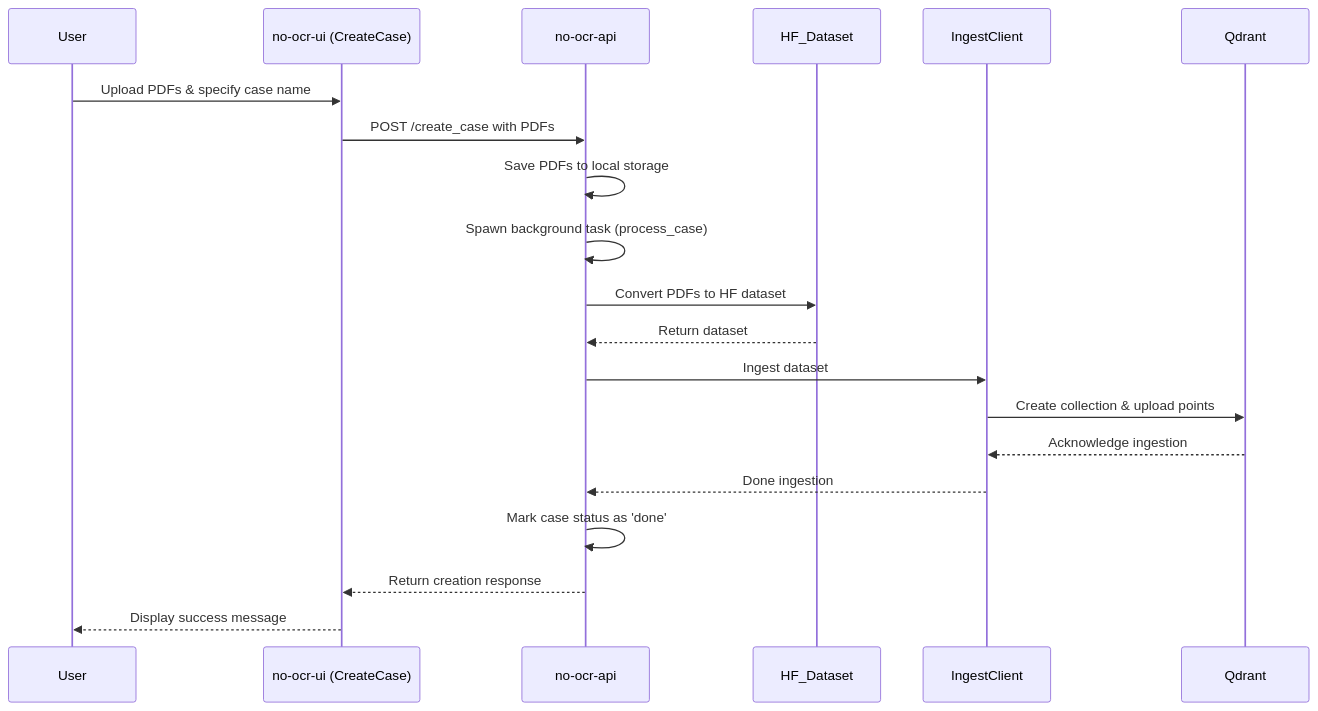
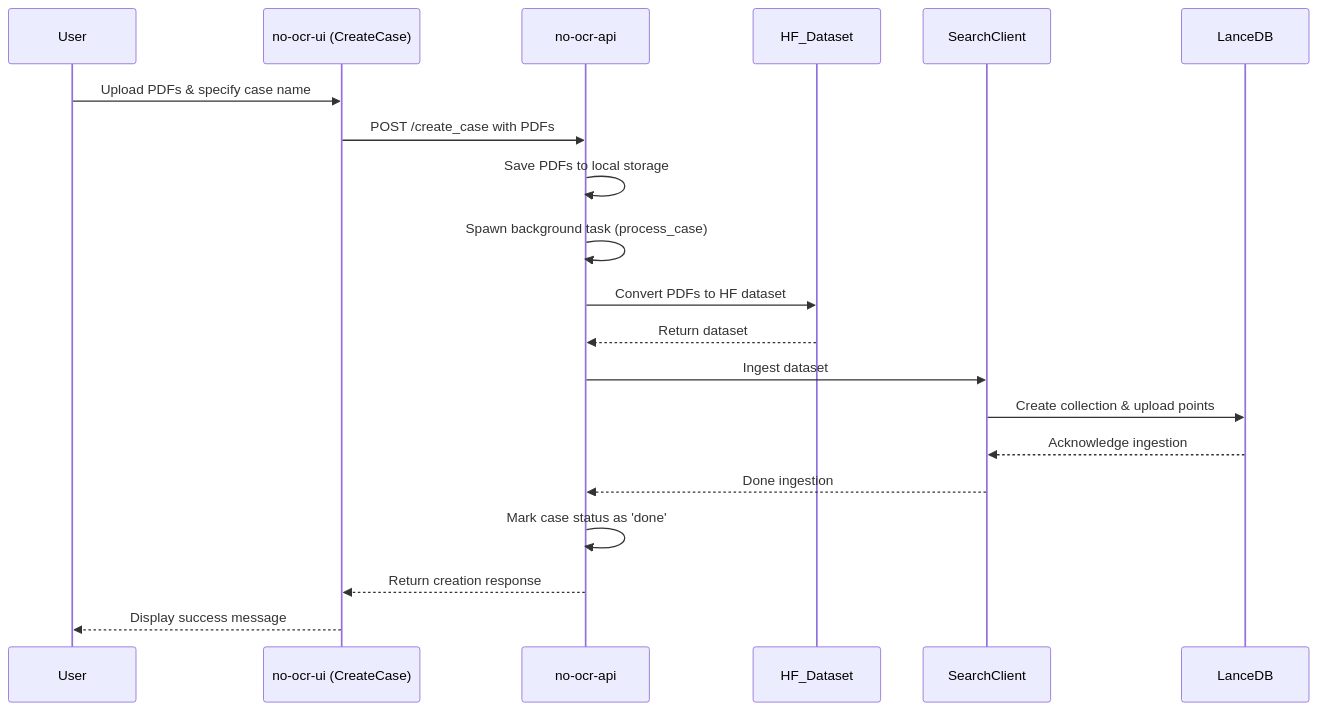
The first of 2 diagrams in README.md (kyryl-opens-ml/no-ocr), drawn with Mermaid before and after one commit. The commit also changed other lines of this file and 2 other files, not shown here.

Commit message:
LanceDB migration

````diff
--- a/README.md
+++ b/README.md
@@ -49,23 +49,23 @@
 ```mermaid
 sequenceDiagram
     participant User
     participant no-ocr-ui (CreateCase)
     participant no-ocr-api
     participant HF_Dataset
-    participant IngestClient
-    participant Qdrant
+    participant SearchClient
+    participant LanceDB
 
     User->>no-ocr-ui (CreateCase): Upload PDFs & specify case name
     no-ocr-ui (CreateCase)->>no-ocr-api: POST /create_case with PDFs
     no-ocr-api->>no-ocr-api: Save PDFs to local storage
     no-ocr-api->>no-ocr-api: Spawn background task (process_case)
     no-ocr-api->>HF_Dataset: Convert PDFs to HF dataset
     HF_Dataset-->>no-ocr-api: Return dataset
-    no-ocr-api->>IngestClient: Ingest dataset
-    IngestClient->>Qdrant: Create collection & upload points
-    Qdrant-->>IngestClient: Acknowledge ingestion
-    IngestClient-->>no-ocr-api: Done ingestion
+    no-ocr-api->>SearchClient: Ingest dataset
+    SearchClient->>LanceDB: Create collection & upload points
+    LanceDB-->>SearchClient: Acknowledge ingestion
+    SearchClient-->>no-ocr-api: Done ingestion
     no-ocr-api->>no-ocr-api: Mark case status as 'done'
     no-ocr-api-->>no-ocr-ui (CreateCase): Return creation response
     no-ocr-ui (CreateCase)-->>User: Display success message
 ```
````
